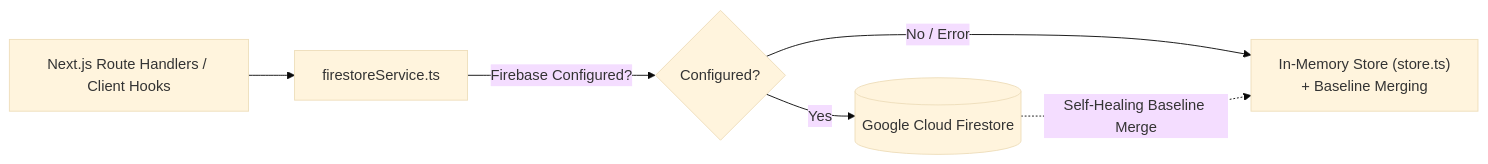
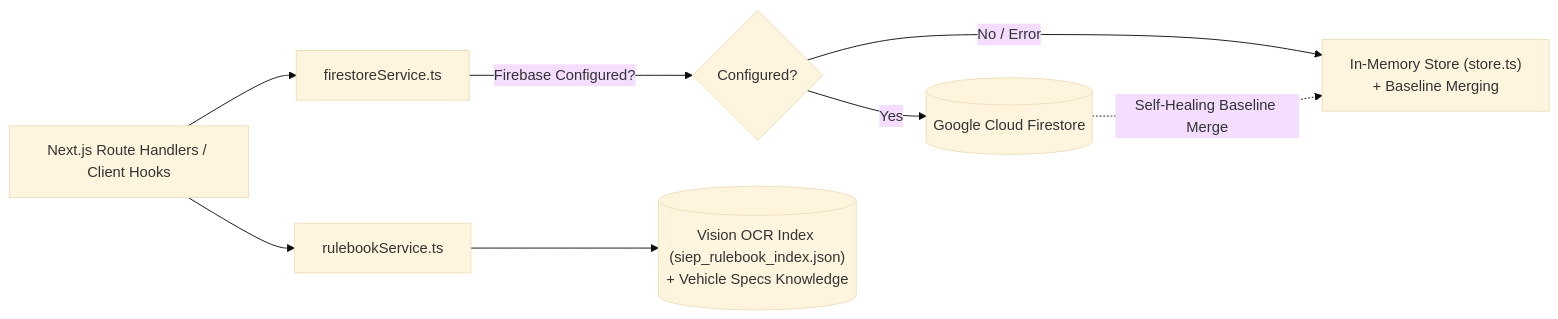
Before and after one commit to Parth-352/SIEP-Website: the diagram in .context/DATABASE.md, drawn with Mermaid (base theme). The commit also changed other lines of this file and 12 other files, not shown here.

Commit message:
feat(copilot): upgrade to Gemini 3.5 Flash, streamline chatbot UI, and dual-ground rulebook & vehicle specs

````diff
--- a/.context/DATABASE.md
+++ b/.context/DATABASE.md
@@ -16,8 +17,10 @@
 ```mermaid
 flowchart LR
     App["Next.js Route Handlers / Client Hooks"] --> Service["firestoreService.ts"]
     Service -->|Firebase Configured?| Check{Configured?}
     Check -->|Yes| Firestore[("Google Cloud Firestore")]
     Check -->|No / Error| Fallback["In-Memory Store (store.ts)\n+ Baseline Merging"]
     Firestore -.->|Self-Healing Baseline Merge| Fallback
+    App --> CopilotEngine["rulebookService.ts"]
+    CopilotEngine --> RulebookData[("Vision OCR Index (siep_rulebook_index.json)\n+ Vehicle Specs Knowledge")]
 ```
````
